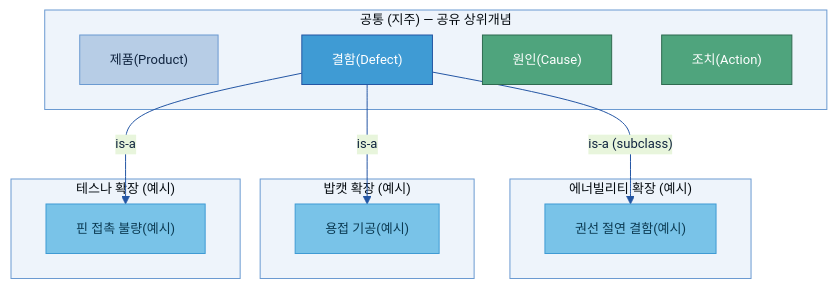
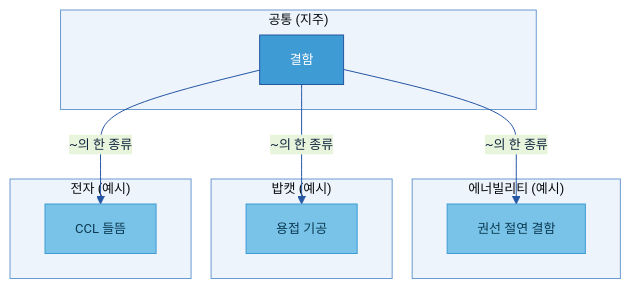
One commit to jin-kearney/ai-ready-data-manual changed the fifth of 7 diagrams in 가이드 작성/B-3 온톨로지/B-3 온톨로지.md. Above: the diagram before and after it, drawn with Mermaid. The commit also changed other lines of this file and 5 other files, not shown here.

````diff
--- a/가이드 작성/B-3 온톨로지/B-3 온톨로지.md
+++ b/가이드 작성/B-3 온톨로지/B-3 온톨로지.md
@@ -537,26 +289,21 @@
 ```mermaid
 %%{init: {'theme':'base','themeVariables':{'primaryColor':'#DCE8F5','primaryBorderColor':'#2456A4','primaryTextColor':'#10243f','lineColor':'#2456A4','clusterBkg':'#EEF4FB','clusterBorder':'#6B9AD1','fontSize':'13px'}}}%%
 flowchart TB
-    subgraph COMMON["공통 (지주) — 공유 상위개념"]
-        P["제품(Product)"]:::n
-        D["결함(Defect)"]:::gate
-        CA["원인(Cause)"]:::loop
-        AC["조치(Action)"]:::loop
+    subgraph COMMON["공통 (지주)"]
+        D["결함"]:::gate
     end
-    subgraph EN["에너빌리티 확장 (예시)"]
-        EN2["권선 절연 결함(예시)"]:::src
+    subgraph EN["에너빌리티 (예시)"]
+        EN2["권선 절연 결함"]:::src
     end
-    subgraph BC["밥캣 확장 (예시)"]
-        BC2["용접 기공(예시)"]:::src
+    subgraph BC["밥캣 (예시)"]
+        BC2["용접 기공"]:::src
     end
-    subgraph TS["테스나 확장 (예시)"]
-        TS2["핀 접촉 불량(예시)"]:::src
+    subgraph TS["전자 (예시)"]
+        TS2["CCL 들뜸"]:::src
     end
-    D -->|"is-a (subclass)"| EN2
-    D -->|"is-a"| BC2
-    D -->|"is-a"| TS2
-    classDef n fill:#B7CDE6,stroke:#6B9AD1,color:#10243f;
+    D -->|"~의 한 종류"| EN2
+    D -->|"~의 한 종류"| BC2
+    D -->|"~의 한 종류"| TS2
     classDef gate fill:#3F9BD4,stroke:#2456A4,color:#fff;
     classDef src fill:#79C3E8,stroke:#3F9BD4,color:#0b3a52;
-    classDef loop fill:#4FA47D,stroke:#2f6b50,color:#fff;
 ```
````
